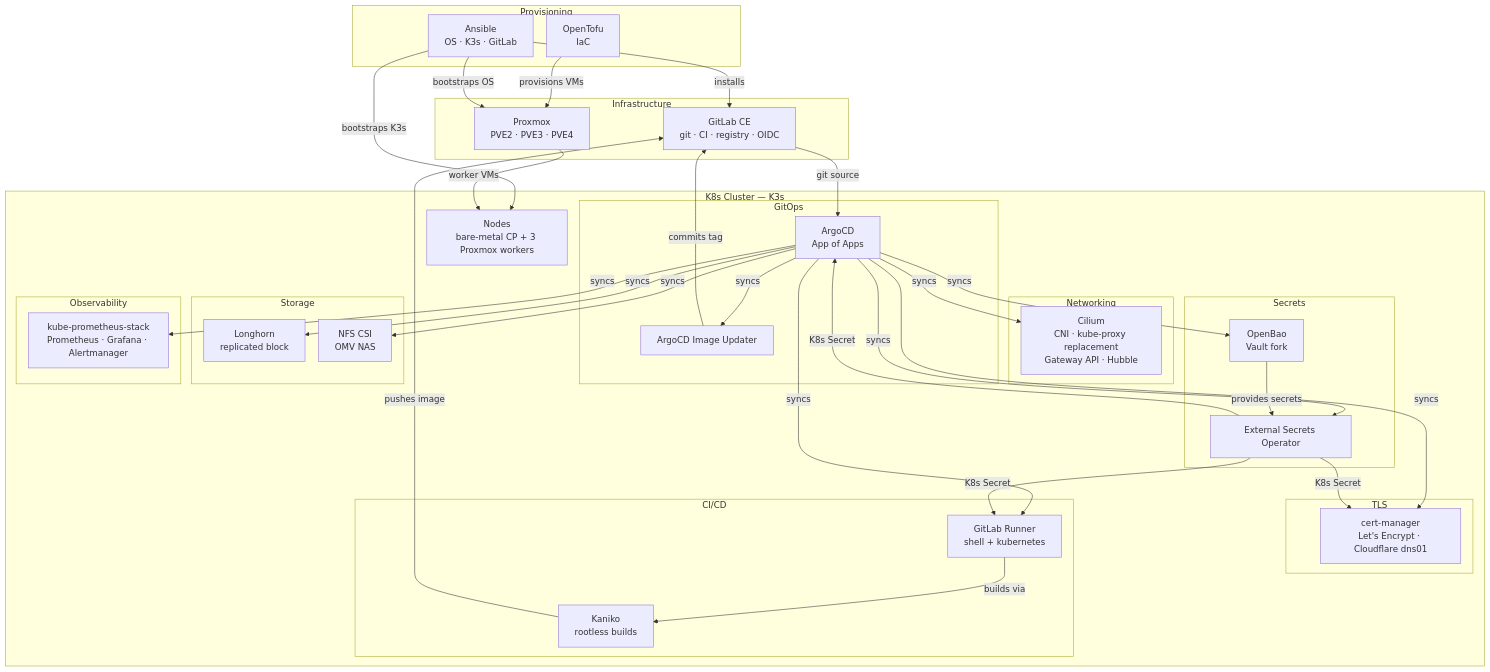
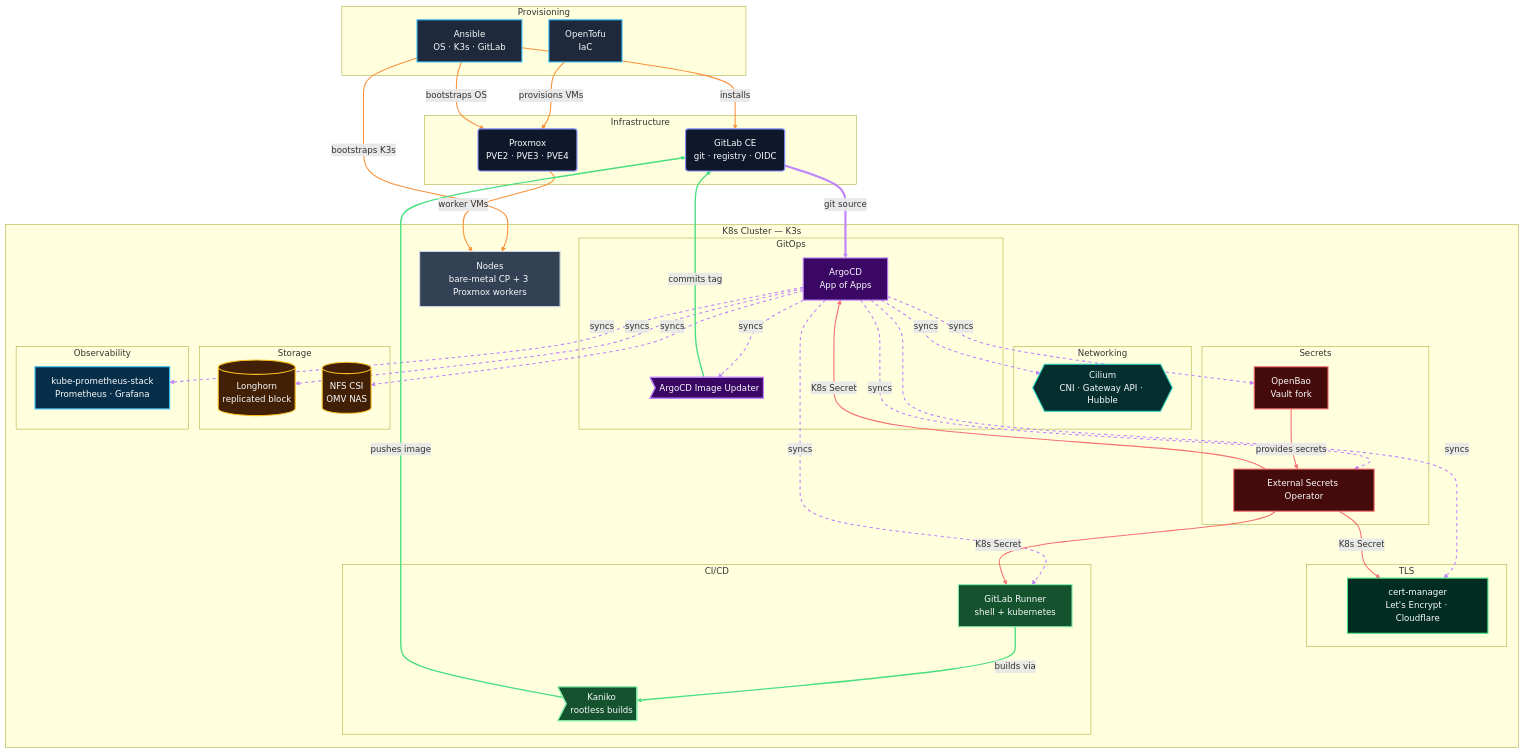
One commit to johnnydoer/blog changed the diagram in _posts/2026-08-01-homelab-k8s-gitops-series.md. Above: the diagram before and after it, drawn with Mermaid. The commit also changed 1 other file, not shown here.

Commit message:
post: shape-styled diagram; hero.png now dark-mode render matching site palette
- Restore mermaid:true (was dropped, breaks diagram render)
- Keep user's node shape updates (rounded/hexagon/asymmetric/cylinder, thick git edge)
- Regenerate hero.png from dark-theme mermaid render on #191a1e to match dark mode

````diff
--- a/_posts/2026-08-01-homelab-k8s-gitops-series.md
+++ b/_posts/2026-08-01-homelab-k8s-gitops-series.md
@@ -88,5 +88,4 @@
 ```mermaid
-%%{init: {"flowchart": {"nodeSpacing": 25, "rankSpacing": 35}}}%%
 %% Homelab K8s GitOps full-stack architecture: provisioning, infra, and GitOps-managed cluster services
 flowchart TD
     subgraph "Provisioning"
@@ -95,24 +94,24 @@
     end
 
     subgraph "Infrastructure"
-        PVE["Proxmox\nPVE2 · PVE3 · PVE4"]
-        GL["GitLab CE\ngit · CI · registry · OIDC"]
+        PVE("Proxmox\nPVE2 · PVE3 · PVE4")
+        GL("GitLab CE\ngit · registry · OIDC")
     end
 
     subgraph K8S["K8s Cluster — K3s"]
         NODES["Nodes\nbare-metal CP + 3 Proxmox workers"]
 
         subgraph "Networking"
-            CIL["Cilium\nCNI · kube-proxy replacement\nGateway API · Hubble"]
+            CIL{{"Cilium\nCNI · Gateway API · Hubble"}}
         end
 
         subgraph "GitOps"
             ARGO["ArgoCD\nApp of Apps"]
-            AIU["ArgoCD Image Updater"]
+            AIU>"ArgoCD Image Updater"]
         end
 
         subgraph "TLS"
-            CM["cert-manager\nLet's Encrypt · Cloudflare dns01"]
+            CM["cert-manager\nLet's Encrypt · Cloudflare"]
         end
 
         subgraph "Secrets"
@@ -121,17 +120,17 @@
         end
 
         subgraph "Storage"
-            LH["Longhorn\nreplicated block"]
-            NFS["NFS CSI\nOMV NAS"]
+            LH[("Longhorn\nreplicated block")]
+            NFS[("NFS CSI\nOMV NAS")]
         end
 
         subgraph "Observability"
-            KPS["kube-prometheus-stack\nPrometheus · Grafana · Alertmanager"]
+            KPS["kube-prometheus-stack\nPrometheus · Grafana"]
         end
 
         subgraph "CI/CD"
             GLR["GitLab Runner\nshell + kubernetes"]
-            KAN["Kaniko\nrootless builds"]
+            KAN>"Kaniko\nrootless builds"]
         end
     end
 
@@ -140,7 +139,7 @@
     ANS -->|"installs"| GL
     ANS -->|"bootstraps K3s"| NODES
     PVE -->|"worker VMs"| NODES
-    GL -->|"git source"| ARGO
+    GL ==>|"git source"| ARGO
     ARGO -->|"syncs"| CIL
     ARGO -->|"syncs"| CM
     ARGO -->|"syncs"| OB
@@ -157,4 +156,37 @@
     GLR -->|"builds via"| KAN
     KAN -->|"pushes image"| GL
     AIU -->|"commits tag"| GL
+
+    classDef provisioning  fill:#1e293b,stroke:#38bdf8,color:#f8fafc,stroke-width:2px
+    classDef infra         fill:#0f172a,stroke:#818cf8,color:#f8fafc,stroke-width:2px
+    classDef nodes         fill:#334155,stroke:#cbd5e1,color:#f8fafc,stroke-width:2px
+    classDef networking    fill:#042f2e,stroke:#2dd4bf,color:#f8fafc,stroke-width:2px
+    classDef gitops        fill:#3b0764,stroke:#c084fc,color:#f8fafc,stroke-width:2px
+    classDef tls           fill:#022c22,stroke:#4ade80,color:#f8fafc,stroke-width:2px
+    classDef secrets       fill:#450a0a,stroke:#f87171,color:#f8fafc,stroke-width:2px
+    classDef storage       fill:#422006,stroke:#fbbf24,color:#f8fafc,stroke-width:2px
+    classDef observability fill:#082f49,stroke:#38bdf8,color:#f8fafc,stroke-width:2px
+    classDef cicd          fill:#14532d,stroke:#86efac,color:#f8fafc,stroke-width:2px
+
+    class OT,ANS provisioning
+    class PVE,GL infra
+    class NODES nodes
+    class CIL networking
+    class ARGO,AIU gitops
+    class CM tls
+    class OB,ESO secrets
+    class LH,NFS storage
+    class KPS observability
+    class GLR,KAN cicd
+
+    %% 0-4: provisioning flows (OT/ANS/PVE → infra/nodes)
+    linkStyle 0,1,2,3,4 stroke:#fb923c,stroke-width:2px
+    %% 5: git source (GL ⟹ ARGO) — primary control flow, thick
+    linkStyle 5 stroke:#c084fc,stroke-width:4px
+    %% 6-14: ArgoCD syncs (ARGO → all components)
+    linkStyle 6,7,8,9,10,11,12,13,14 stroke:#c084fc,stroke-width:2px,stroke-dasharray:6
+    %% 15-18: secrets flow (OB/ESO → consumers)
+    linkStyle 15,16,17,18 stroke:#f87171,stroke-width:2px
+    %% 19-21: CI/CD pipeline (GLR → KAN → GL, AIU → GL)
+    linkStyle 19,20,21 stroke:#4ade80,stroke-width:2.5px
 ```
````
